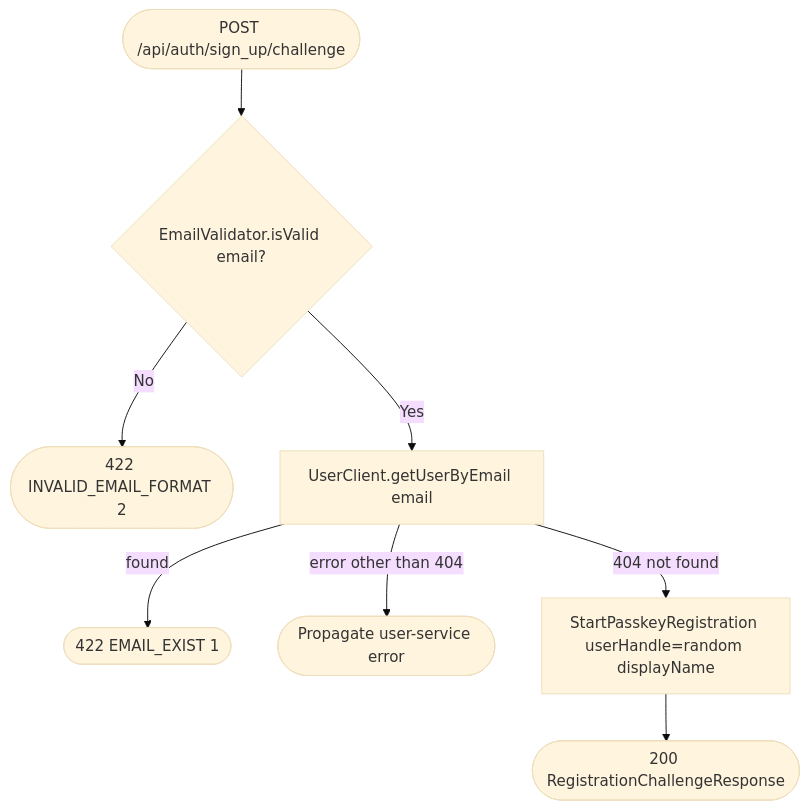
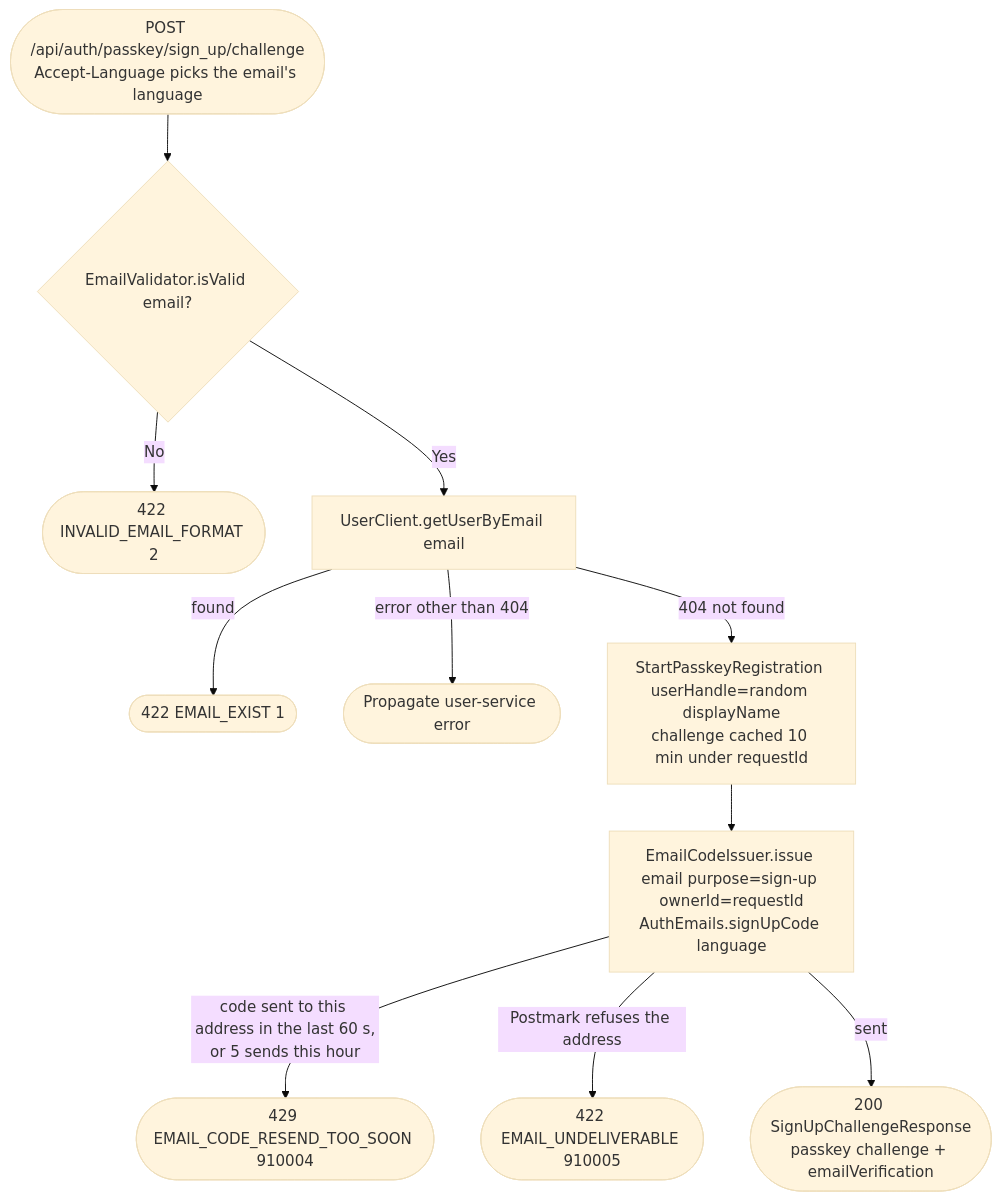
The diagram in docs/operations/authorization/sign-up-challenge.md (nocturneproperties/bookkme), drawn with Mermaid (base theme) before and after one commit. The commit also changed other lines of this file and 89 other files, not shown here.

Commit message:
[ISSUE-146] make email verification during signup mandatory

````diff
--- a/docs/operations/authorization/sign-up-challenge.md
+++ b/docs/operations/authorization/sign-up-challenge.md
@@ -10,10 +15,13 @@
 ```mermaid
 flowchart TD
-    Start([POST /api/auth/sign_up/challenge]) --> EmailFormat{EmailValidator.isValid email?}
+    Start([POST /api/auth/passkey/sign_up/challenge<br/>Accept-Language picks the email's language]) --> EmailFormat{EmailValidator.isValid email?}
     EmailFormat -- No --> R422a([422 INVALID_EMAIL_FORMAT 2])
     EmailFormat -- Yes --> LookupUser[UserClient.getUserByEmail email]
     LookupUser -- found --> R422b([422 EMAIL_EXIST 1])
     LookupUser -- error other than 404 --> RErr([Propagate user-service error])
-    LookupUser -- 404 not found --> StartPasskey[StartPasskeyRegistration userHandle=random displayName]
-    StartPasskey --> R200([200 RegistrationChallengeResponse])
+    LookupUser -- 404 not found --> StartPasskey[StartPasskeyRegistration userHandle=random displayName<br/>challenge cached 10 min under requestId]
+    StartPasskey --> Issue[EmailCodeIssuer.issue email purpose=sign-up ownerId=requestId<br/>AuthEmails.signUpCode language]
+    Issue -- code sent to this address in the last 60 s,<br/>or 5 sends this hour --> R429([429 EMAIL_CODE_RESEND_TOO_SOON 910004])
+    Issue -- Postmark refuses the address --> R422c([422 EMAIL_UNDELIVERABLE 910005])
+    Issue -- sent --> R200([200 SignUpChallengeResponse<br/>passkey challenge + emailVerification])
 ```
````
